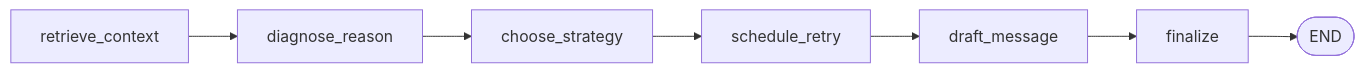
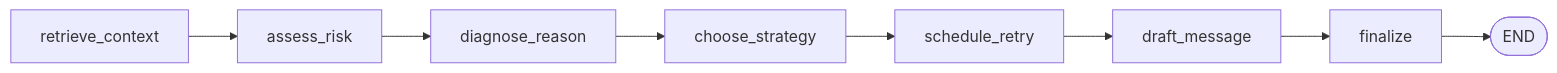
Before and after one commit to IvanSFlowGit/paypilot: the diagram in README.md, drawn with Mermaid. The commit also changed other lines of this file and 7 other files, not shown here.

````diff
--- a/README.md
+++ b/README.md
@@ -27,9 +27,10 @@
 ```mermaid
 flowchart LR
-    A[retrieve_context] --> B[diagnose_reason]
+    A[retrieve_context] --> R[assess_risk]
+    R --> B[diagnose_reason]
     B --> C[choose_strategy]
     C --> S[schedule_retry]
     S --> D[draft_message]
     D --> E[finalize]
     E --> F([END])
 ```
````
